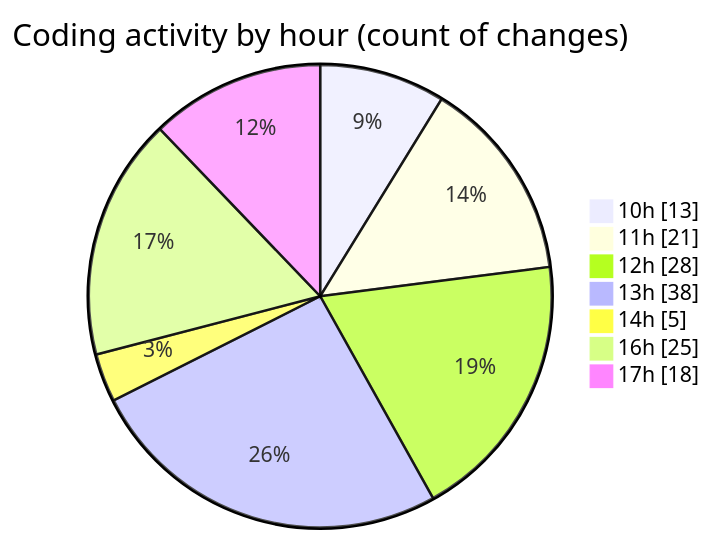
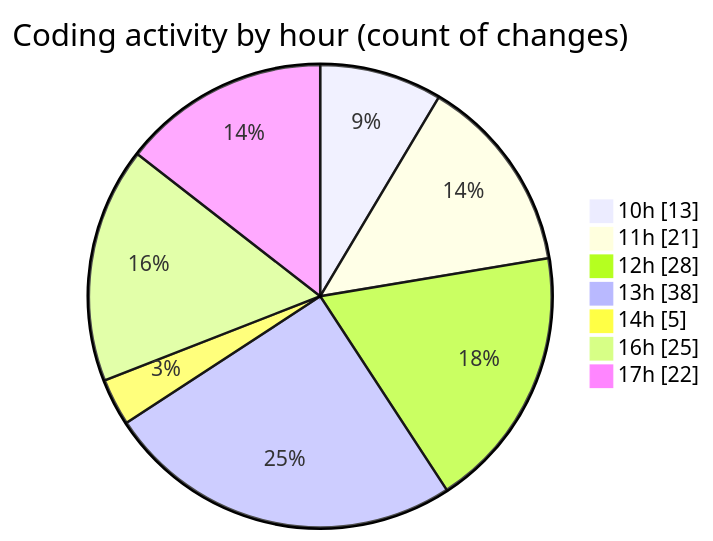
One commit to momahboobian/code-tracking changed the second of 2 diagrams in 2025-06-19/cda/README.md. Above: the diagram before and after it, drawn with Mermaid. The commit also changed other lines of this file and 1 other file, not shown here.

````diff
--- a/2025-06-19/cda/README.md
+++ b/2025-06-19/cda/README.md
@@ -49,11 +49,11 @@
 ```mermaid
 pie showData
 title Coding activity by hour (count of changes)
 "10h" : 13
 "11h" : 21
 "12h" : 28
 "13h" : 38
 "14h" : 5
 "16h" : 25
-"17h" : 18
+"17h" : 22
 ```
````
